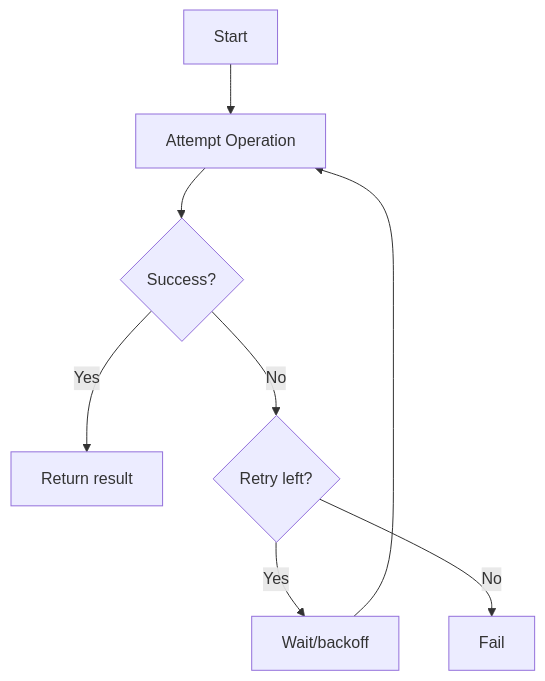
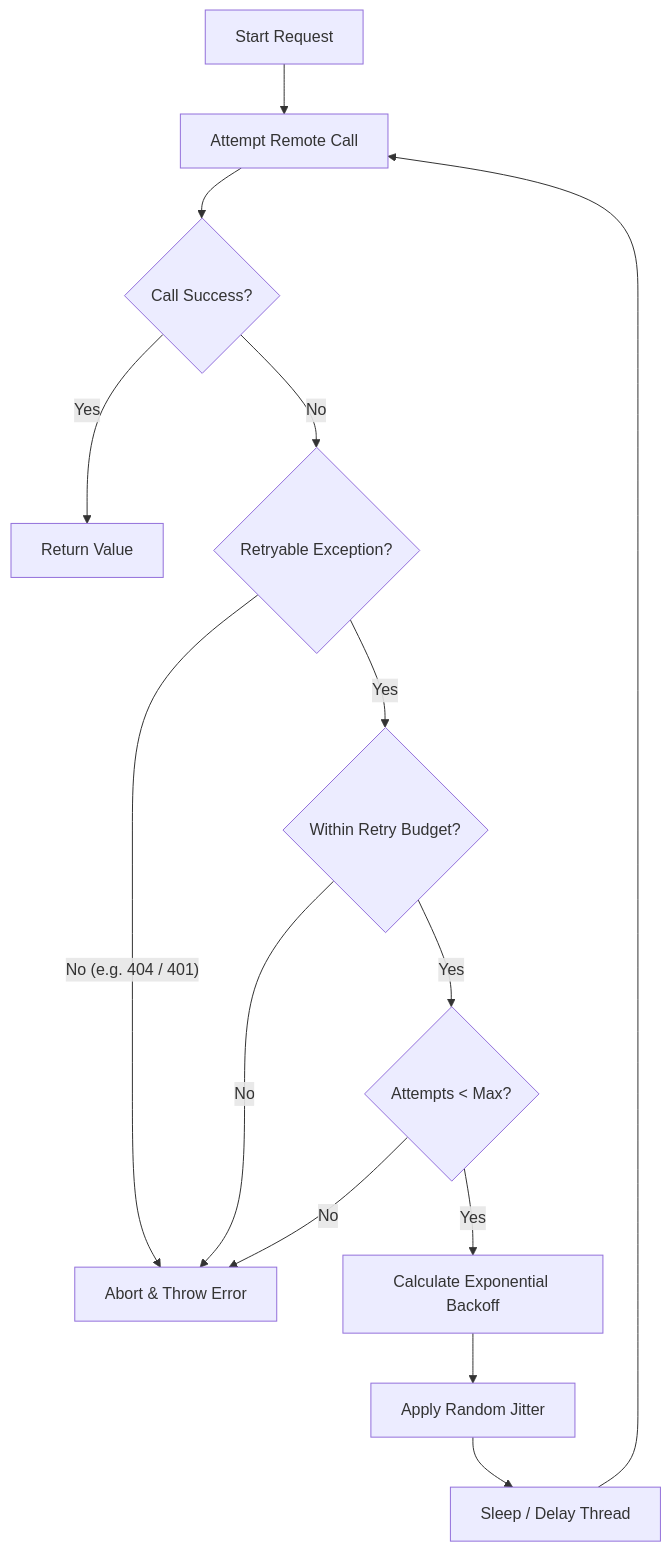
The diagram in src/pages/02-hld/microservices/retry/index.mdx (akshay-k-r/Interview-Prep-Resource), drawn with Mermaid before and after one commit. The commit also changed other lines of this file and 179 other files, not shown here.

````diff
--- a/src/pages/02-hld/microservices/retry/index.mdx
+++ b/src/pages/02-hld/microservices/retry/index.mdx
@@ -29,10 +60,20 @@
 ```mermaid
 flowchart TD
-    A[Start] --> B[Attempt Operation]
-    B --> C{Success?}
-    C -->|Yes| D[Return result]
-    C -->|No| E{Retry left?}
-    E -->|Yes| F[Wait/backoff]
-    F --> B
-    E -->|No| G[Fail]
+    Start[Start Request] --> Attempt[Attempt Remote Call]
+    Attempt --> Check{Call Success?}
+    
+    Check -- Yes --> Return[Return Value]
+    Check -- No --> Filter{Retryable Exception?}
+    
+    Filter -- No (e.g. 404 / 401) --> Fail[Abort & Throw Error]
+    Filter -- Yes --> Budget{Within Retry Budget?}
+    
+    Budget -- No --> Fail
+    Budget -- Yes --> Max{Attempts < Max?}
+    
+    Max -- No --> Fail
+    Max -- Yes --> Calculate[Calculate Exponential Backoff]
+    Calculate --> AddJitter[Apply Random Jitter]
+    AddJitter --> Sleep[Sleep / Delay Thread]
+    Sleep --> Attempt
 ```
````
